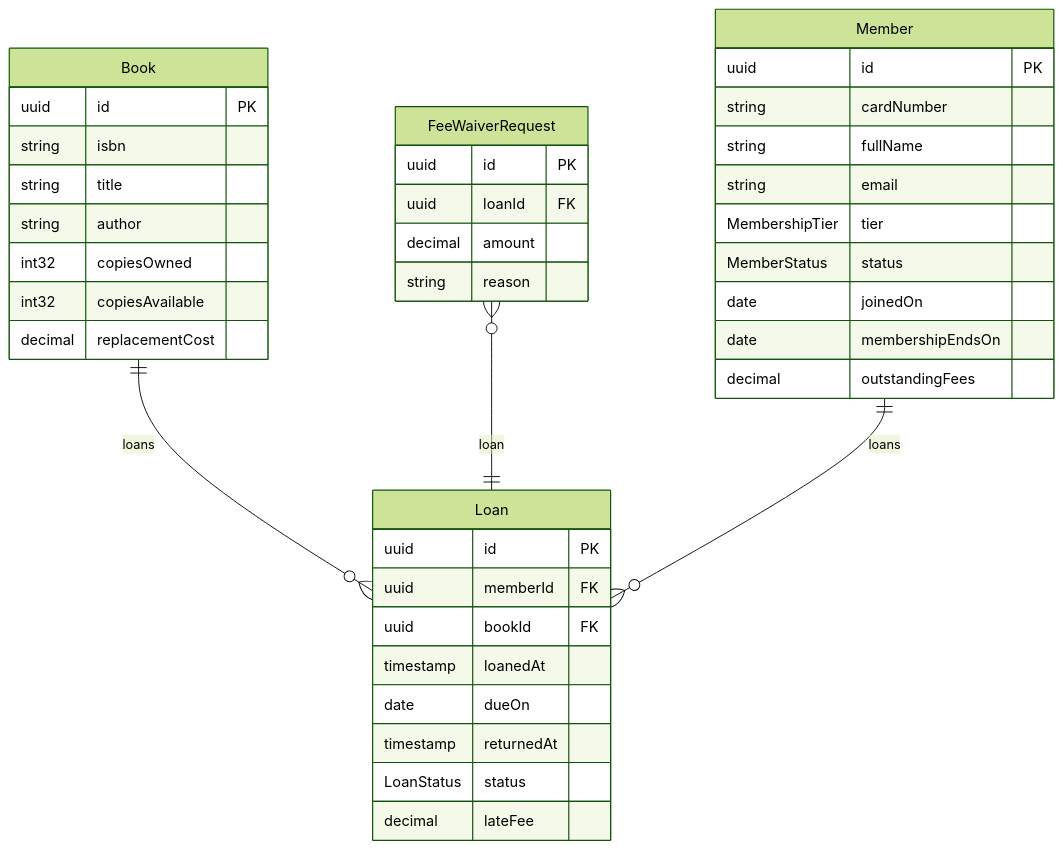
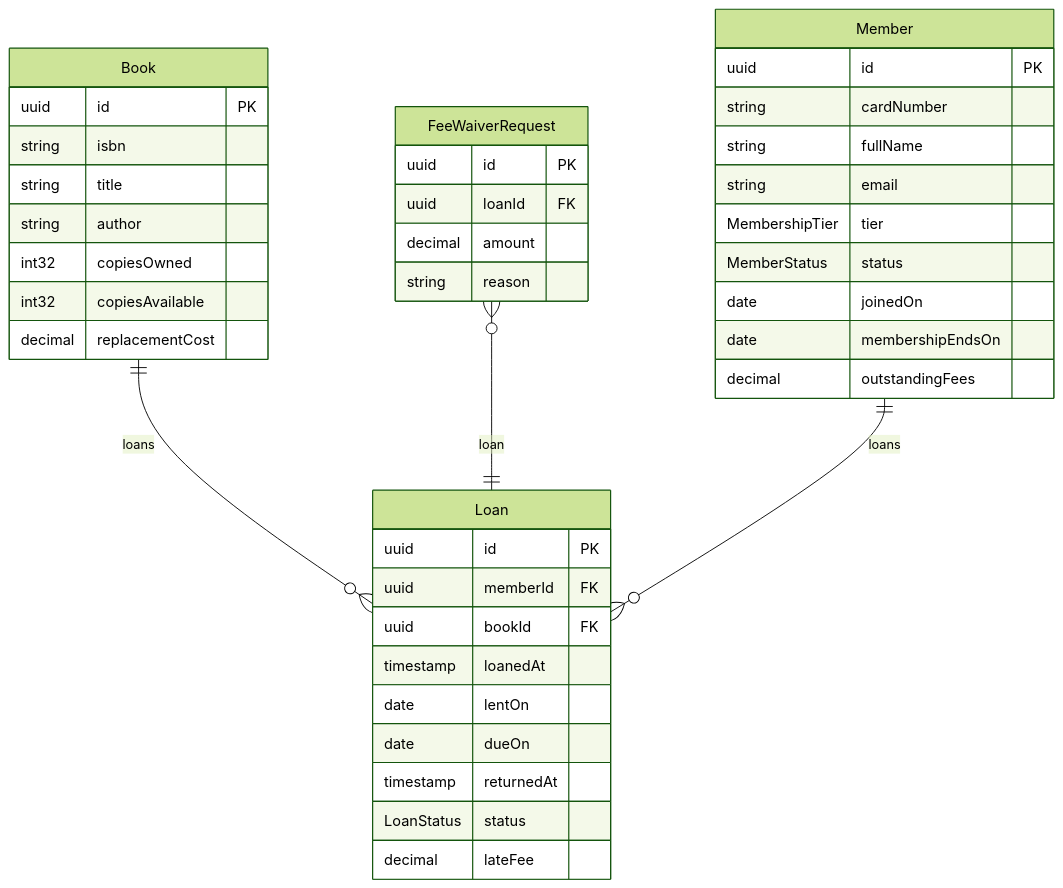
The first of 22 diagrams in examples/library-lending/docs/techspec.md (SpecArch/specarch), drawn with Mermaid (forest theme) before and after one commit. The commit also changed other lines of this file and 133 other files, not shown here.

````diff
--- a/examples/library-lending/docs/techspec.md
+++ b/examples/library-lending/docs/techspec.md
@@ -93,42 +93,43 @@
 ```mermaid
 erDiagram
   Book ||--o{ Loan : loans
   FeeWaiverRequest }o--|| Loan : loan
   Member ||--o{ Loan : loans
   Book {
     uuid id PK
     string isbn
     string title
     string author
     int32 copiesOwned
     int32 copiesAvailable
     decimal replacementCost
   }
   FeeWaiverRequest {
     uuid id PK
     uuid loanId FK
     decimal amount
     string reason
   }
   Loan {
     uuid id PK
     uuid memberId FK
     uuid bookId FK
     timestamp loanedAt
+    date lentOn
     date dueOn
     timestamp returnedAt
     LoanStatus status
     decimal lateFee
   }
   Member {
     uuid id PK
     string cardNumber
     string fullName
     string email
     MembershipTier tier
     MemberStatus status
     date joinedOn
     date membershipEndsOn
     decimal outstandingFees
   }
 ```
````
